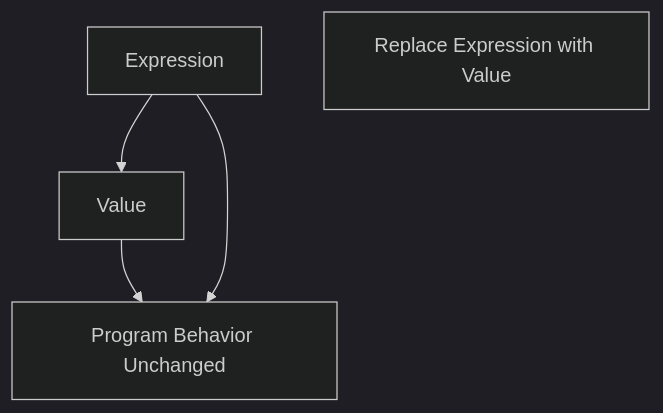
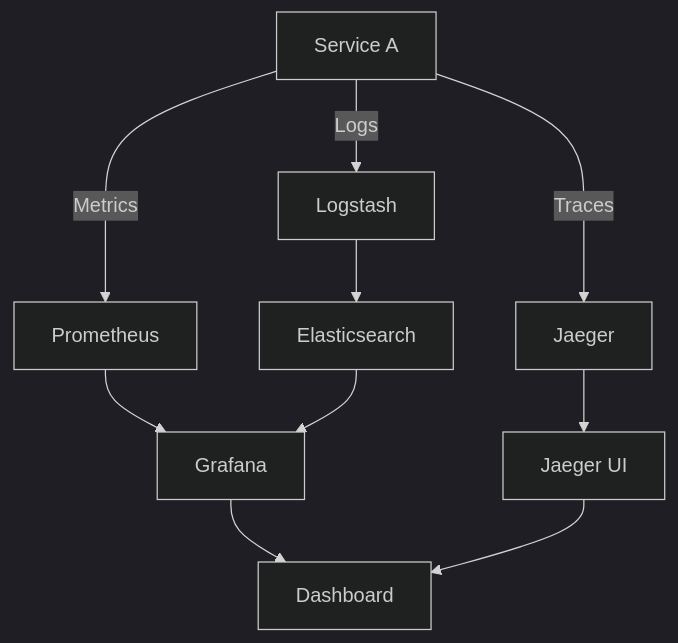
The diagram in content/patterns-clojure/14/9/index.md (MasteryEducation/SoftwarePatternsLexicon.com), drawn with Mermaid (dark theme) before and after one commit. The commit also changed other lines of this file and 462 other files, not shown here.

````diff
--- a/content/patterns-clojure/14/9/index.md
+++ b/content/patterns-clojure/14/9/index.md
@@ -34,7 +164,12 @@
 ```mermaid
-graph TD;
-    A[Expression] --> B[Value]
-    C[Replace Expression with Value]
-    B --> D[Program Behavior Unchanged]
-    A --> D
+flowchart TD
+    A[Service A] -->|Logs| B[Logstash]
+    A -->|Metrics| C[Prometheus]
+    A -->|Traces| D[Jaeger]
+    B --> E[Elasticsearch]
+    C --> F[Grafana]
+    D --> G[Jaeger UI]
+    E --> F
+    F --> H[Dashboard]
+    G --> H
 ```
````
